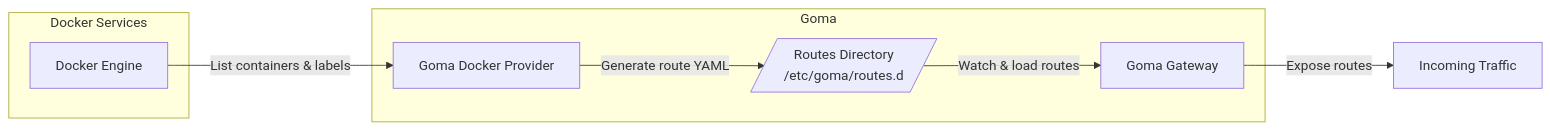
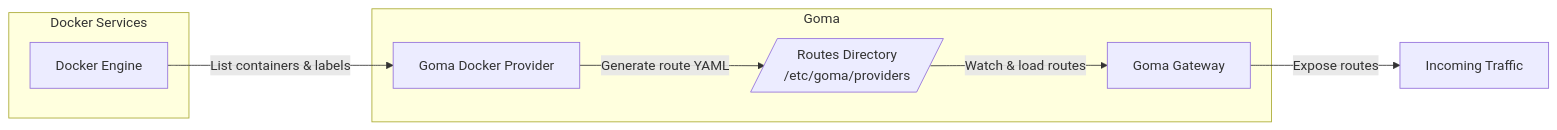
One commit to jkaninda/goma-docker-provider changed the diagram in README.md. Above: the diagram before and after it, drawn with Mermaid. The commit also changed other lines of this file and 5 other files, not shown here.

````diff
--- a/README.md
+++ b/README.md
@@ -26,20 +26,20 @@
 ```mermaid
 flowchart LR
     A[Docker Engine] -->|List containers & labels| B[Goma Docker Provider]
 
-    B -->|Generate route YAML| C[/Routes Directory<br/>/etc/goma/routes.d/]
+    B -->|Generate route YAML| C[/Routes Directory<br/>/etc/goma/providers/]
 
     C -->|Watch & load routes| D[Goma Gateway]
 
     D -->|Expose routes| E[Incoming Traffic]
 
     subgraph Docker Services
         A
     end
 
     subgraph Goma
         B
         C
         D
     end
 ```
````
